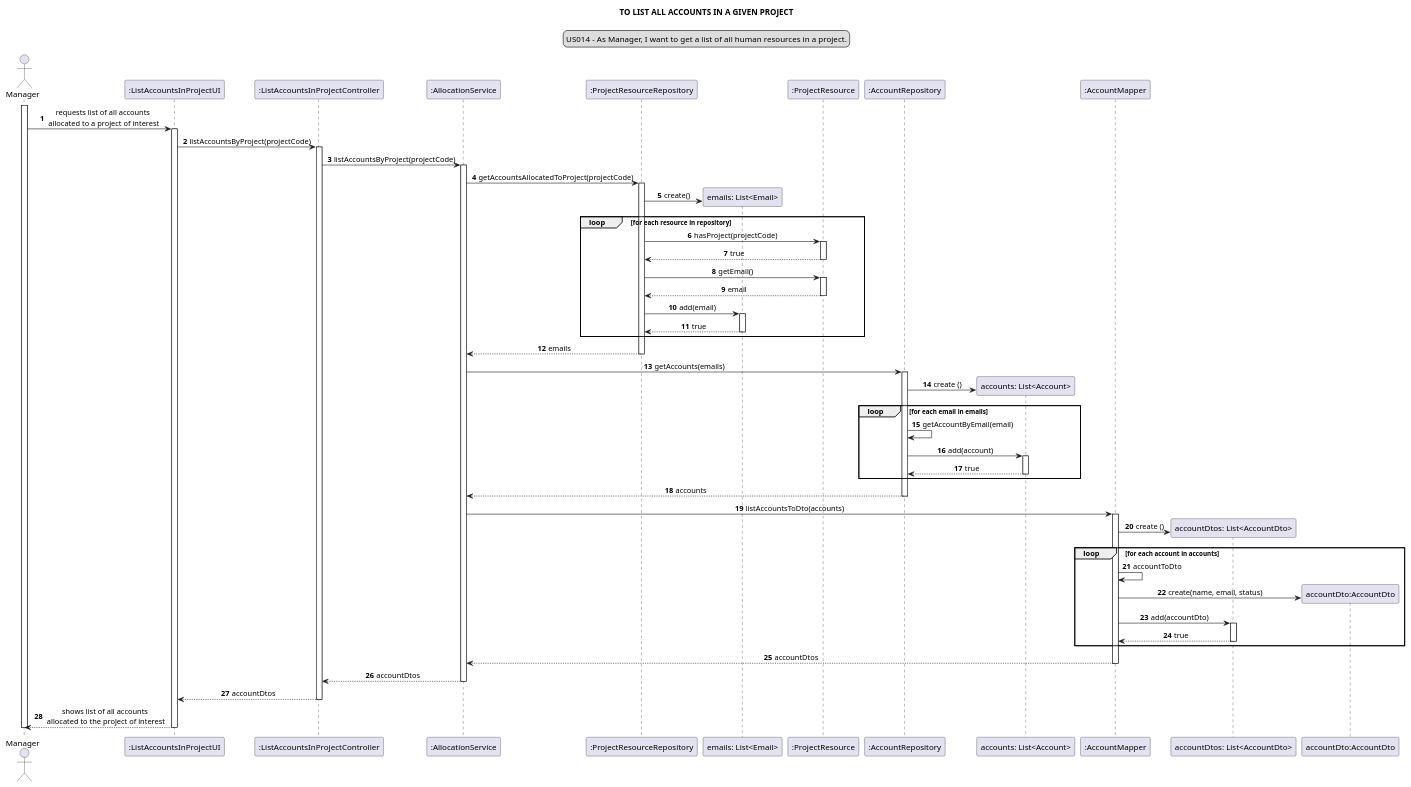
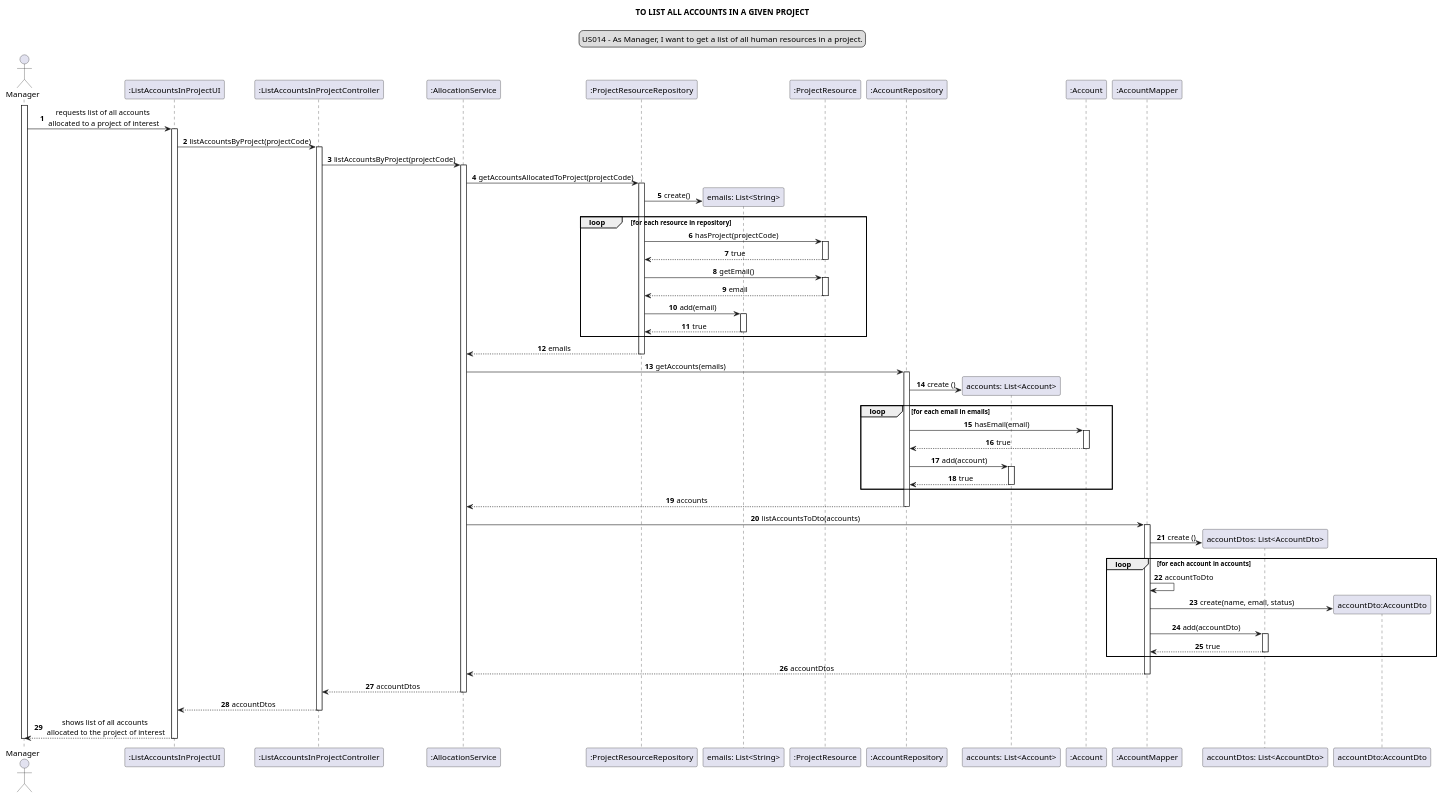
One commit to Loracline/project_switch_22-23 changed the diagram in docs/modelling_design/user_stories/sprint02/us014/US014_sequenceDiagram_ddd.puml. Above: the diagram before and after it, drawn with PlantUML.

Commit message:
US014: Design: Replaced 'getAccountByEmail' method by 'hasEmail' in step 15. Replaced 'List<Email>' to 'List<String> in step 5. Addresses #435

```diff
--- a/docs/modelling_design/user_stories/sprint02/us014/US014_sequenceDiagram_ddd.puml
+++ b/docs/modelling_design/user_stories/sprint02/us014/US014_sequenceDiagram_ddd.puml
@@ -1,87 +1,91 @@
 @startuml
 
 skinparam sequenceMessageAlign center
 title TO LIST ALL ACCOUNTS IN A GIVEN PROJECT
 legend top
 US014 - As Manager, I want to get a list of all human resources in a project.
 end legend
 autonumber
 actor Manager
 
 participant ":ListAccountsInProjectUI" as ui
 participant ":ListAccountsInProjectController" as controller
 participant ":AllocationService" as service
 participant ":ProjectResourceRepository" as resourceRepo
-participant "emails: List<Email>" as emailList
+participant "emails: List<String>" as emailList
 participant ":ProjectResource" as resource
 participant ":AccountRepository" as accountRepo
 participant "accounts: List<Account>" as list
+participant ":Account" as account
 participant ":AccountMapper" as mapper
 participant "accountDtos: List<AccountDto>" as dtoList
 participant "accountDto:AccountDto" as dto
 
 
 activate Manager
 Manager -> ui: requests list of all accounts\n allocated to a project of interest
 activate ui
 ui -> controller: listAccountsByProject(projectCode)
 activate controller
 controller -> service: listAccountsByProject(projectCode)
 activate service
 service -> resourceRepo: getAccountsAllocatedToProject(projectCode)
 activate resourceRepo
 create emailList
 resourceRepo -> emailList: create()
 loop for each resource in repository
 resourceRepo -> resource: hasProject(projectCode)
 activate resource
 resource --> resourceRepo: true
 deactivate
 resourceRepo -> resource: getEmail()
 activate resource
 resource --> resourceRepo: email
 deactivate
 resourceRepo -> emailList: add(email)
 activate emailList
 emailList --> resourceRepo: true
 deactivate
 end loop
 service <-- resourceRepo:  emails
 deactivate resourceRepo
 service -> accountRepo: getAccounts(emails)
 activate accountRepo
 create list
 accountRepo -> list: create ()
 loop for each email in emails
-accountRepo -> accountRepo: getAccountByEmail(email)
+accountRepo -> account: hasEmail(email)
+activate account
+account --> accountRepo: true
+deactivate account
 accountRepo -> list: add(account)
 activate list
 list --> accountRepo: true
 deactivate
 end loop
 accountRepo --> service: accounts
 deactivate accountRepo
 service -> mapper: listAccountsToDto(accounts)
 activate mapper
 create dtoList
 mapper -> dtoList: create ()
 loop for each account in accounts
 mapper -> mapper: accountToDto
 create dto
 mapper -> dto: create(name, email, status)
 mapper -> dtoList: add(accountDto)
 activate dtoList
 dtoList --> mapper: true
 deactivate
 end loop
 mapper --> service: accountDtos
 deactivate mapper
 service --> controller: accountDtos
 deactivate service
 controller --> ui: accountDtos
 deactivate controller
 ui --> Manager: shows list of all accounts\n allocated to the project of interest
 deactivate ui
 deactivate Manager
 
 @enduml
```
